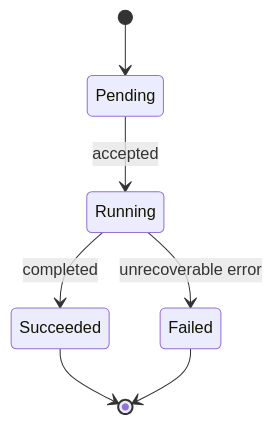
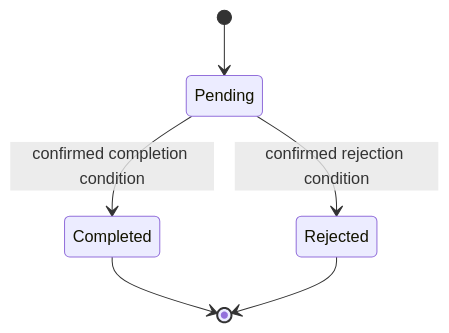
The third of 3 diagrams in skills/afk-ai-prd/references/diagram-guidelines.md (easyhaloo/afk), drawn with Mermaid before and after one commit. The commit also changed other lines of this file and 8 other files, not shown here.

````diff
--- a/skills/afk-ai-prd/references/diagram-guidelines.md
+++ b/skills/afk-ai-prd/references/diagram-guidelines.md
@@ -65,9 +69,8 @@
 ```mermaid
 stateDiagram-v2
     [*] --> Pending
-    Pending --> Running: accepted
-    Running --> Succeeded: completed
-    Running --> Failed: unrecoverable error
-    Succeeded --> [*]
-    Failed --> [*]
+    Pending --> Completed: confirmed completion condition
+    Pending --> Rejected: confirmed rejection condition
+    Completed --> [*]
+    Rejected --> [*]
 ```
````
